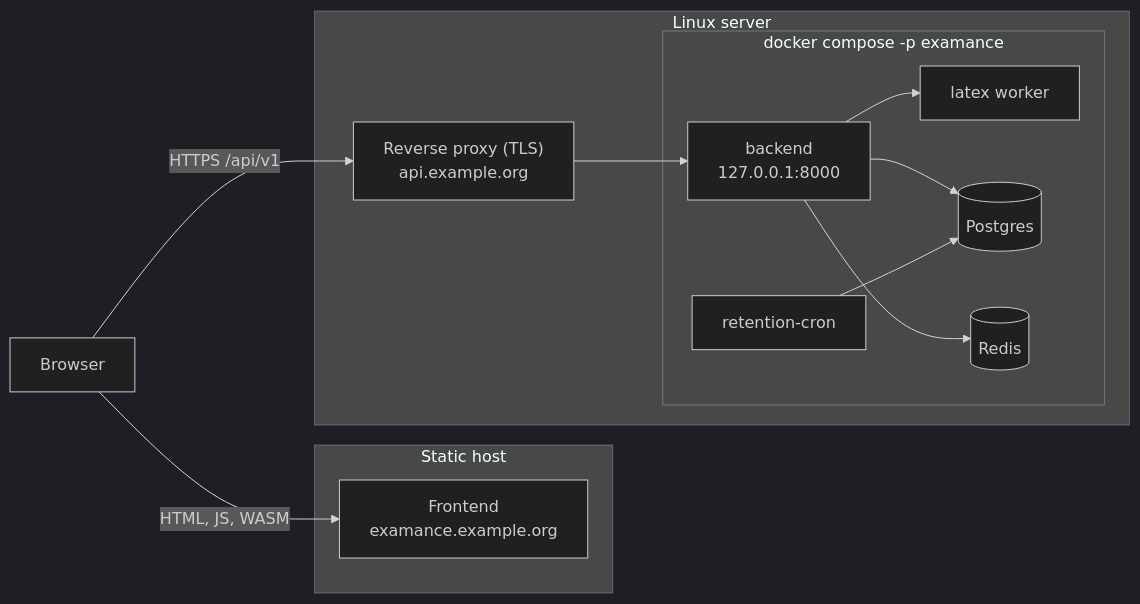
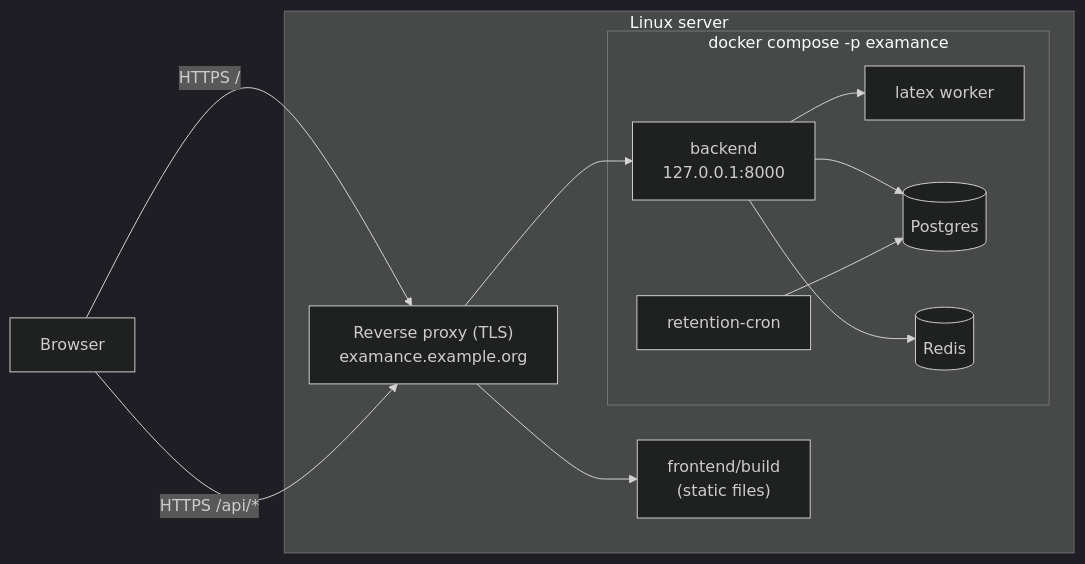
One commit to ValentinHerrmann/Examance changed the first of 2 diagrams in docs/hosting.md. Above: the diagram before and after it, drawn with Mermaid (dark theme). The commit also changed other lines of this file and 78 other files, not shown here.

First line of the commit message:
Serve the API at the app's own /api and move to examance.de in phases (#198)

````diff
--- a/docs/hosting.md
+++ b/docs/hosting.md
@@ -7,23 +7,21 @@
 ```mermaid
 flowchart LR
   B["Browser"]
-  subgraph FH["Static host"]
-    FE["Frontend<br/>examance.example.org"]
-  end
   subgraph S["Linux server"]
-    RP["Reverse proxy (TLS)<br/>api.example.org"]
+    RP["Reverse proxy (TLS)<br/>examance.example.org"]
+    FE["frontend/build<br/>(static files)"]
     subgraph C["docker compose -p examance"]
       BE["backend<br/>127.0.0.1:8000"]
       LX["latex worker"]
       DB[("Postgres")]
       RD[("Redis")]
       RC["retention-cron"]
     end
   end
-  B -->|"HTML, JS, WASM"| FE
-  B -->|"HTTPS /api/v1"| RP --> BE
+  B -->|"HTTPS /"| RP --> FE
+  B -->|"HTTPS /api/*"| RP --> BE
   BE --> LX
   BE --> DB
   BE --> RD
   RC --> DB
 ```
````
